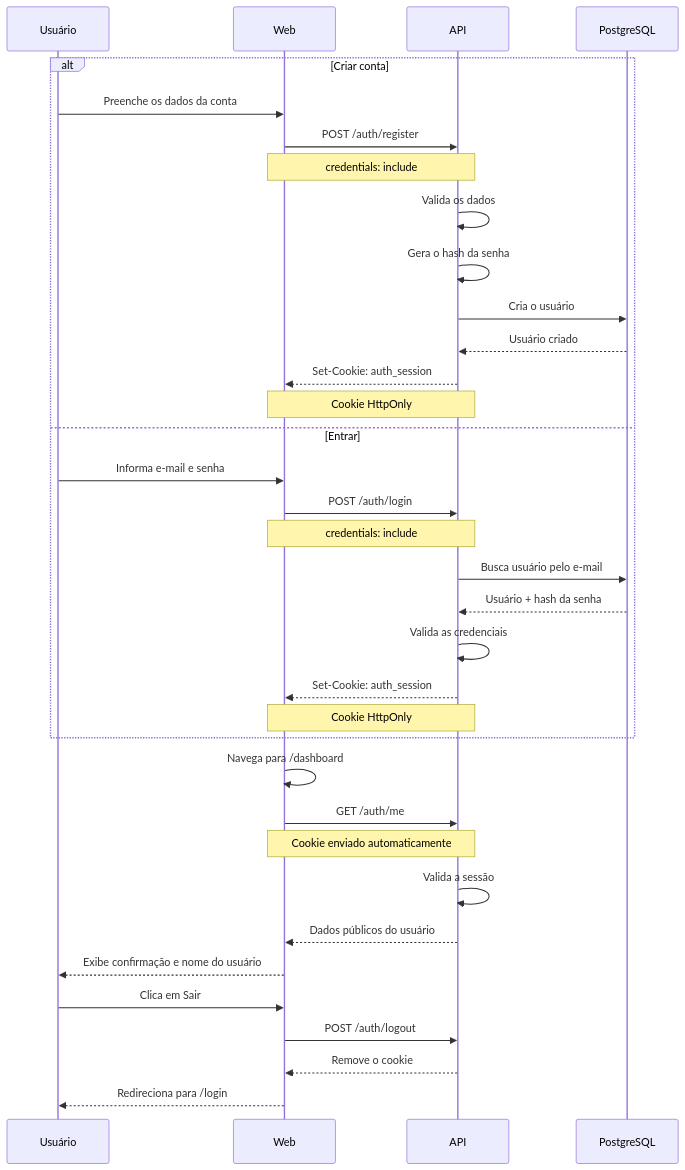
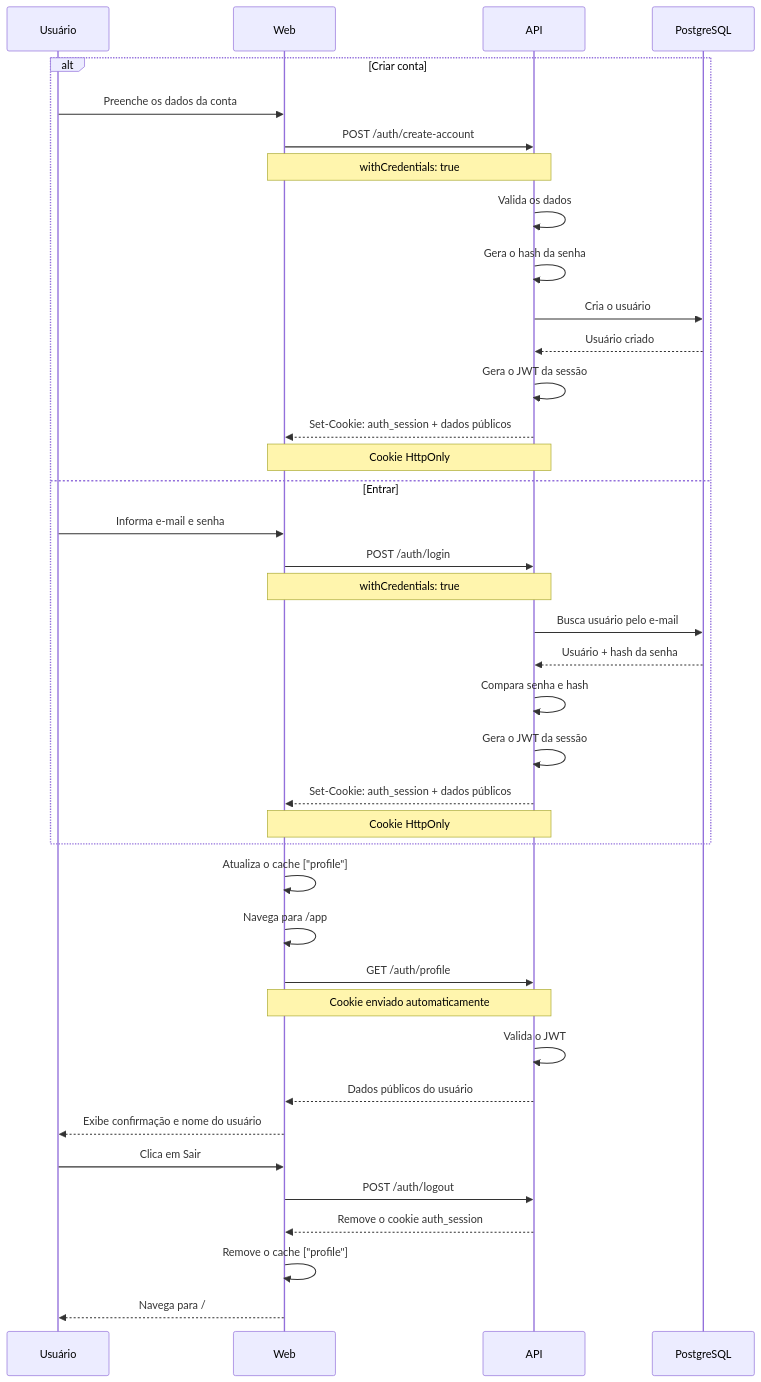
Before and after one commit to buildwitharthur/auth-lab: the diagram in README.md, drawn with Mermaid. The commit also changed other lines of this file and 1 other file, not shown here.

Commit message:
update readme and fix login route not return json

````diff
--- a/README.md
+++ b/README.md
@@ -127,49 +72,52 @@
 ```mermaid
 sequenceDiagram
     participant U as Usuário
     participant W as Web
     participant A as API
     participant DB as PostgreSQL
 
     alt Criar conta
         U->>W: Preenche os dados da conta
-        W->>A: POST /auth/register
-        Note over W,A: credentials: include
+        W->>A: POST /auth/create-account
+        Note over W,A: withCredentials: true
 
         A->>A: Valida os dados
         A->>A: Gera o hash da senha
         A->>DB: Cria o usuário
         DB-->>A: Usuário criado
+        A->>A: Gera o JWT da sessão
 
-        A-->>W: Set-Cookie: auth_session
+        A-->>W: Set-Cookie: auth_session + dados públicos
         Note over A,W: Cookie HttpOnly
     else Entrar
         U->>W: Informa e-mail e senha
         W->>A: POST /auth/login
-        Note over W,A: credentials: include
+        Note over W,A: withCredentials: true
 
         A->>DB: Busca usuário pelo e-mail
         DB-->>A: Usuário + hash da senha
+        A->>A: Compara senha e hash
+        A->>A: Gera o JWT da sessão
 
-        A->>A: Valida as credenciais
-
-        A-->>W: Set-Cookie: auth_session
+        A-->>W: Set-Cookie: auth_session + dados públicos
         Note over A,W: Cookie HttpOnly
     end
 
-    W->>W: Navega para /dashboard
+    W->>W: Atualiza o cache ["profile"]
+    W->>W: Navega para /app
 
-    W->>A: GET /auth/me
+    W->>A: GET /auth/profile
     Note over W,A: Cookie enviado automaticamente
 
-    A->>A: Valida a sessão
+    A->>A: Valida o JWT
     A-->>W: Dados públicos do usuário
 
     W-->>U: Exibe confirmação e nome do usuário
 
     U->>W: Clica em Sair
     W->>A: POST /auth/logout
+    A-->>W: Remove o cookie auth_session
 
-    A-->>W: Remove o cookie
-    W-->>U: Redireciona para /login
+    W->>W: Remove o cache ["profile"]
+    W-->>U: Navega para /
 ```
````
